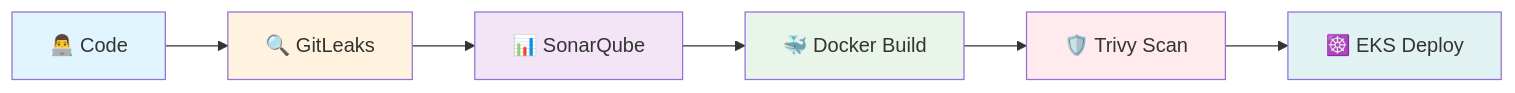
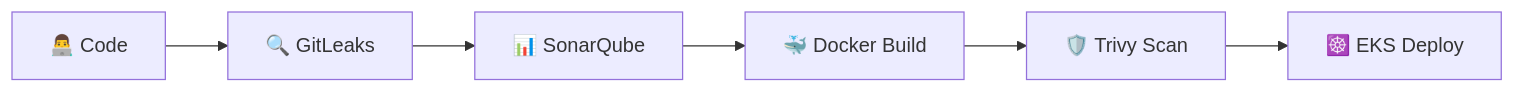
Before and after one commit to namrqthakaipa/3Tier-DevSecOps-Project: the diagram in README.md, drawn with Mermaid. The commit also changed other lines of this file, not shown here.

````diff
--- a/README.md
+++ b/README.md
@@ -70,15 +32,8 @@
 ```mermaid
 graph LR
     A[👨‍💻 Code] --> B[🔍 GitLeaks]
     B --> C[📊 SonarQube] 
     C --> D[🐳 Docker Build]
     D --> E[🛡️ Trivy Scan]
     E --> F[☸️ EKS Deploy]
-    
-    style A fill:#e1f5fe
-    style B fill:#fff3e0
-    style C fill:#f3e5f5
-    style D fill:#e8f5e8
-    style E fill:#ffebee
-    style F fill:#e0f2f1
 ```
````
